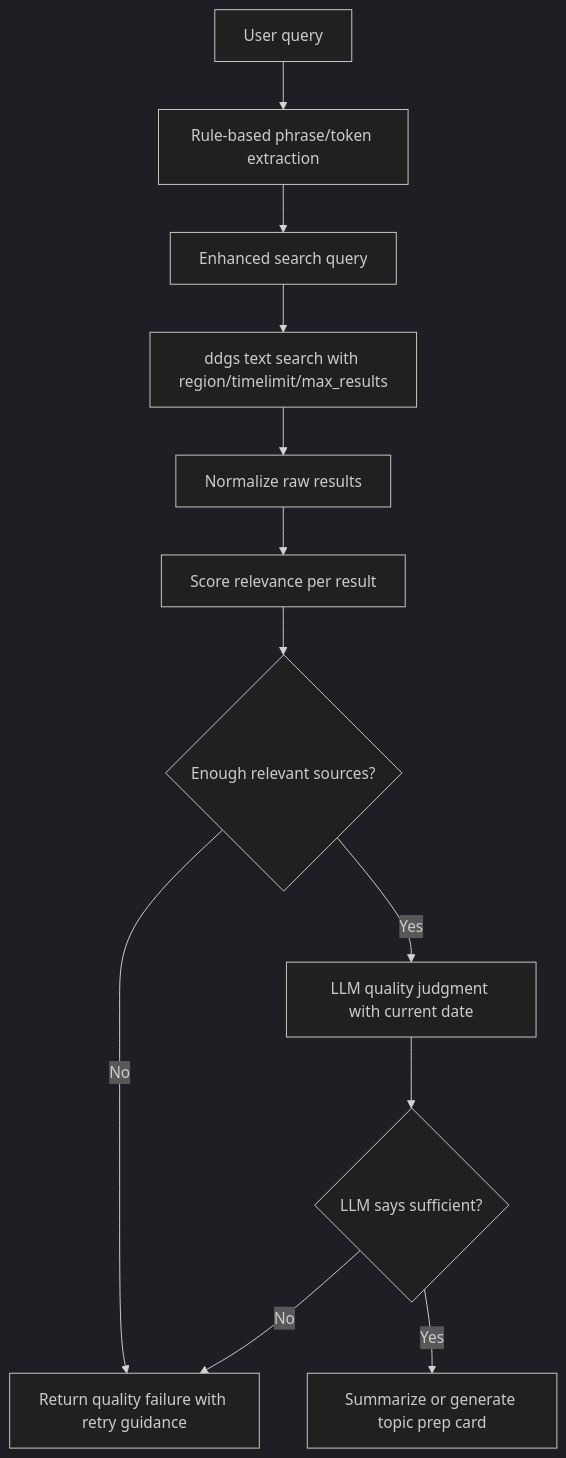
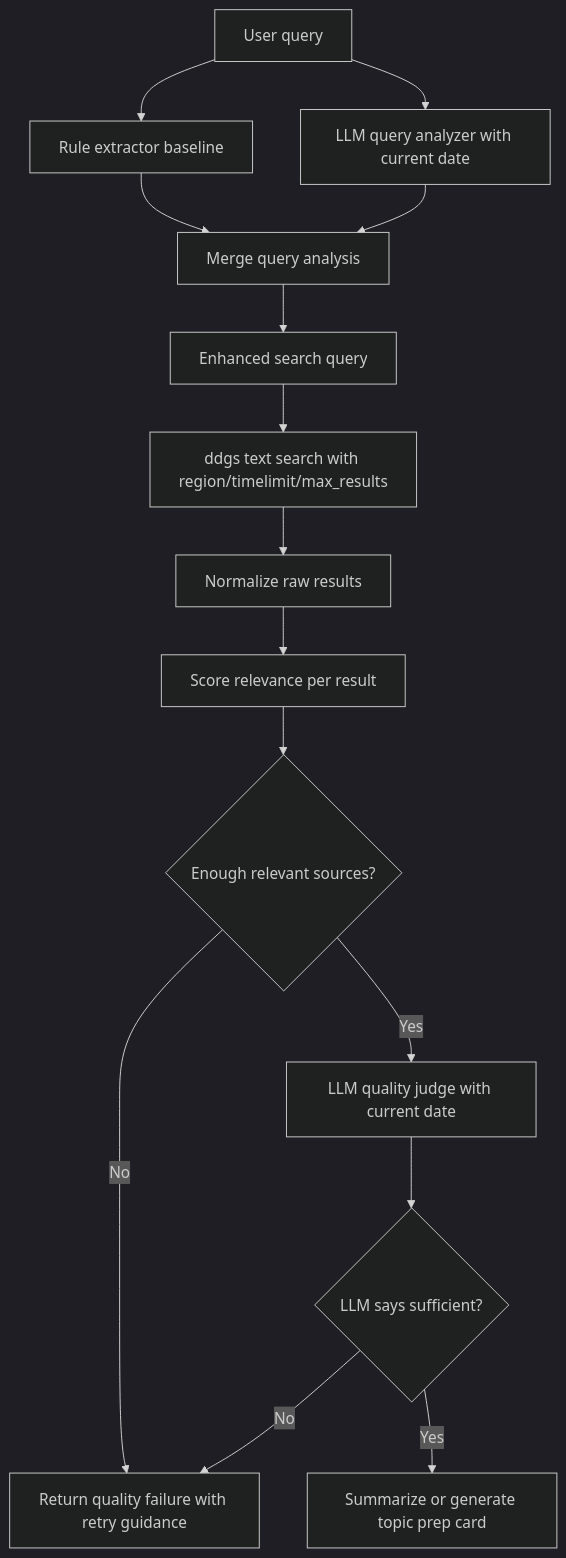
The diagram in docs/plans/2026-06-03-001-feat-search-quality-pipeline-plan.md (Hyun-Jun-Lee/MoreThanHuman), drawn with Mermaid (dark theme) before and after one commit. The commit also changed other lines of this file and 2 other files, not shown here.

````diff
--- a/docs/plans/2026-06-03-001-feat-search-quality-pipeline-plan.md
+++ b/docs/plans/2026-06-03-001-feat-search-quality-pipeline-plan.md
@@ -82,14 +85,17 @@
 ```mermaid
 flowchart TB
-  A["User query"] --> B["Rule-based phrase/token extraction"]
-  B --> C["Enhanced search query"]
-  C --> D["ddgs text search with region/timelimit/max_results"]
-  D --> E["Normalize raw results"]
-  E --> F["Score relevance per result"]
-  F --> G{"Enough relevant sources?"}
-  G -->|No| H["Return quality failure with retry guidance"]
-  G -->|Yes| I["LLM quality judgment with current date"]
-  I --> J{"LLM says sufficient?"}
-  J -->|No| H
-  J -->|Yes| K["Summarize or generate topic prep card"]
+  A["User query"] --> B["Rule extractor baseline"]
+  A --> C["LLM query analyzer with current date"]
+  B --> D["Merge query analysis"]
+  C --> D
+  D --> E["Enhanced search query"]
+  E --> F["ddgs text search with region/timelimit/max_results"]
+  F --> G["Normalize raw results"]
+  G --> H["Score relevance per result"]
+  H --> I{"Enough relevant sources?"}
+  I -->|No| J["Return quality failure with retry guidance"]
+  I -->|Yes| K["LLM quality judge with current date"]
+  K --> L{"LLM says sufficient?"}
+  L -->|No| J
+  L -->|Yes| M["Summarize or generate topic prep card"]
 ```
````
